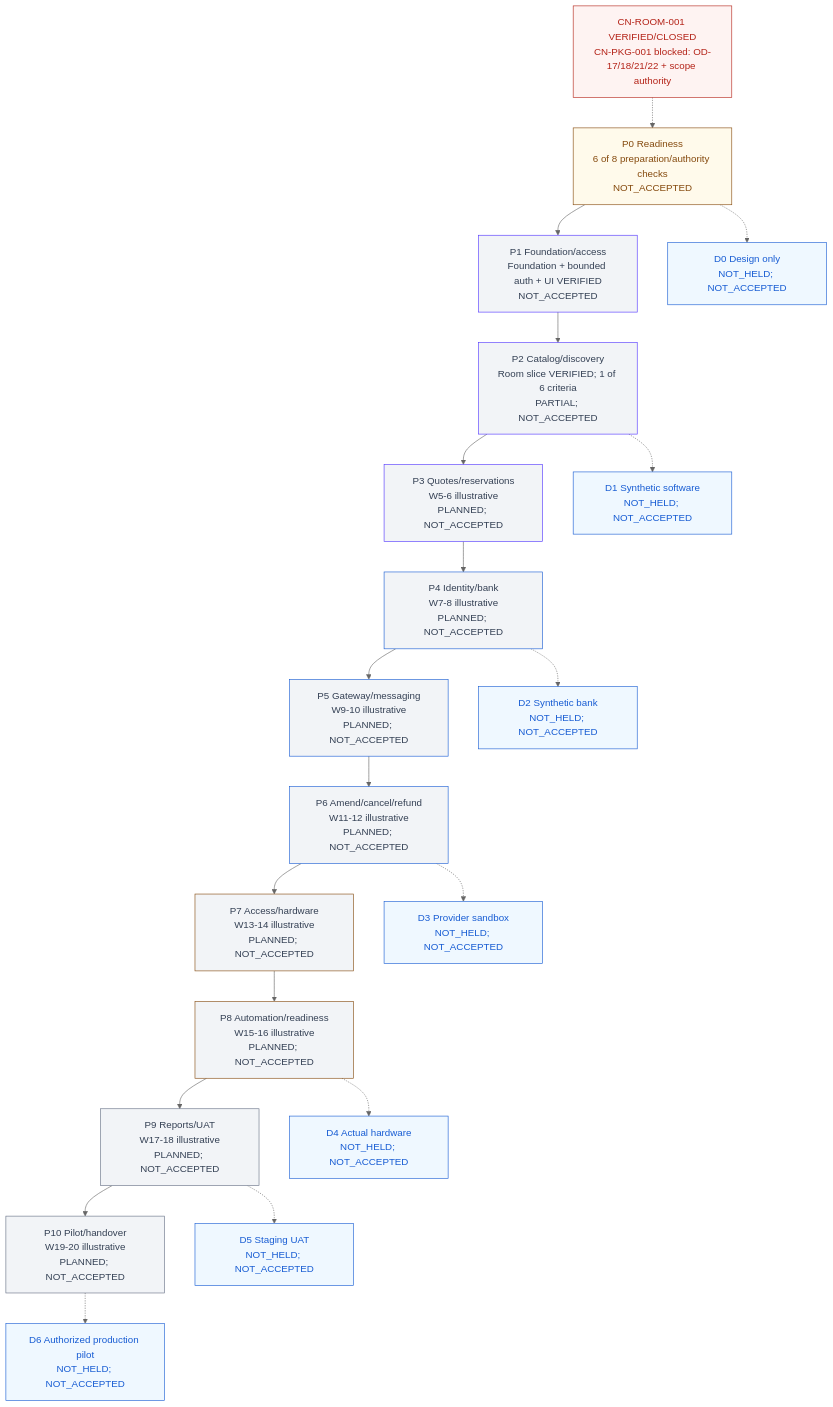
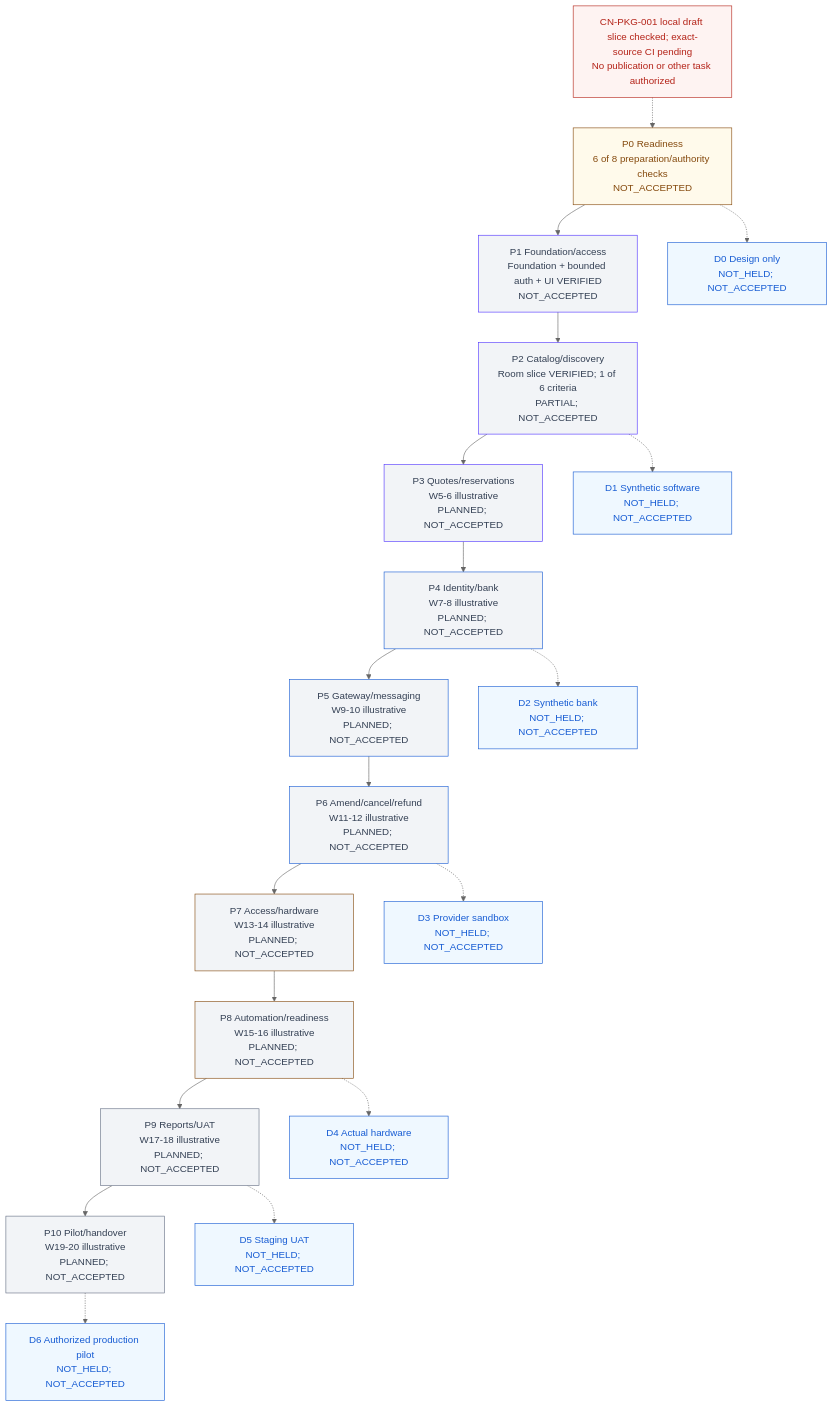
One commit to Hasitha3513/Theater-Project changed the diagram in knowledge/PROGRESS.md. Above: the diagram before and after it, drawn with Mermaid (neutral theme). The commit also changed other lines of this file and 47 other files, not shown here.

````diff
--- a/knowledge/PROGRESS.md
+++ b/knowledge/PROGRESS.md
@@ -292,45 +305,45 @@
 ```mermaid
 flowchart TB
-  G["CN-ROOM-001 VERIFIED/CLOSED<br/>CN-PKG-001 blocked: OD-17/18/21/22 + scope authority"]
+  G["CN-PKG-001 local draft slice checked; exact-source CI pending<br/>No publication or other task authorized"]
   P0["P0 Readiness<br/>6 of 8 preparation/authority checks<br/>NOT_ACCEPTED"]
   P1["P1 Foundation/access<br/>Foundation + bounded auth + UI VERIFIED<br/>NOT_ACCEPTED"]
   P2["P2 Catalog/discovery<br/>Room slice VERIFIED; 1 of 6 criteria<br/>PARTIAL; NOT_ACCEPTED"]
   P3["P3 Quotes/reservations<br/>W5-6 illustrative<br/>PLANNED; NOT_ACCEPTED"]
   P4["P4 Identity/bank<br/>W7-8 illustrative<br/>PLANNED; NOT_ACCEPTED"]
   P5["P5 Gateway/messaging<br/>W9-10 illustrative<br/>PLANNED; NOT_ACCEPTED"]
   P6["P6 Amend/cancel/refund<br/>W11-12 illustrative<br/>PLANNED; NOT_ACCEPTED"]
   P7["P7 Access/hardware<br/>W13-14 illustrative<br/>PLANNED; NOT_ACCEPTED"]
   P8["P8 Automation/readiness<br/>W15-16 illustrative<br/>PLANNED; NOT_ACCEPTED"]
   P9["P9 Reports/UAT<br/>W17-18 illustrative<br/>PLANNED; NOT_ACCEPTED"]
   P10["P10 Pilot/handover<br/>W19-20 illustrative<br/>PLANNED; NOT_ACCEPTED"]
   G -.-> P0
   P0 --> P1 --> P2 --> P3 --> P4 --> P5 --> P6 --> P7 --> P8 --> P9 --> P10
   D0["D0 Design only<br/>NOT_HELD; NOT_ACCEPTED"]
   D1["D1 Synthetic software<br/>NOT_HELD; NOT_ACCEPTED"]
   D2["D2 Synthetic bank<br/>NOT_HELD; NOT_ACCEPTED"]
   D3["D3 Provider sandbox<br/>NOT_HELD; NOT_ACCEPTED"]
   D4["D4 Actual hardware<br/>NOT_HELD; NOT_ACCEPTED"]
   D5["D5 Staging UAT<br/>NOT_HELD; NOT_ACCEPTED"]
   D6["D6 Authorized production pilot<br/>NOT_HELD; NOT_ACCEPTED"]
   P0 -.-> D0
   P2 -.-> D1
   P4 -.-> D2
   P6 -.-> D3
   P8 -.-> D4
   P9 -.-> D5
   P10 -.-> D6
   classDef readiness fill:#FFFAEB,color:#854A0E,stroke:#854A0E;
   classDef foundation fill:#F2F4F7,color:#344054,stroke:#5135FF;
   classDef financial fill:#F2F4F7,color:#344054,stroke:#175CD3;
   classDef physical fill:#F2F4F7,color:#344054,stroke:#854A0E;
   classDef release fill:#F2F4F7,color:#344054,stroke:#667085;
   classDef blocked fill:#FEF3F2,color:#B42318,stroke:#B42318;
   classDef demo fill:#EFF8FF,color:#175CD3,stroke:#175CD3;
   class P0 readiness;
   class P1,P2,P3 foundation;
   class P4,P5,P6 financial;
   class P7,P8 physical;
   class P9,P10 release;
   class G blocked;
   class D0,D1,D2,D3,D4,D5,D6 demo;
 ```
````
